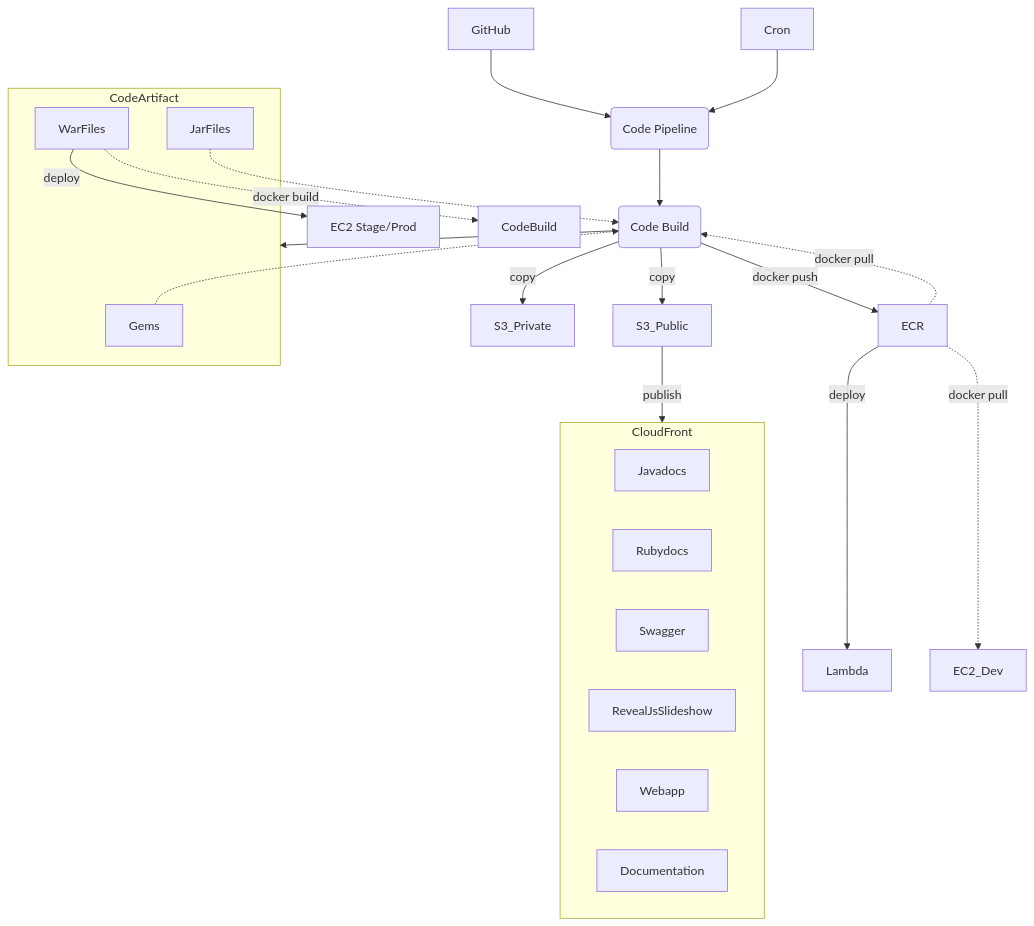
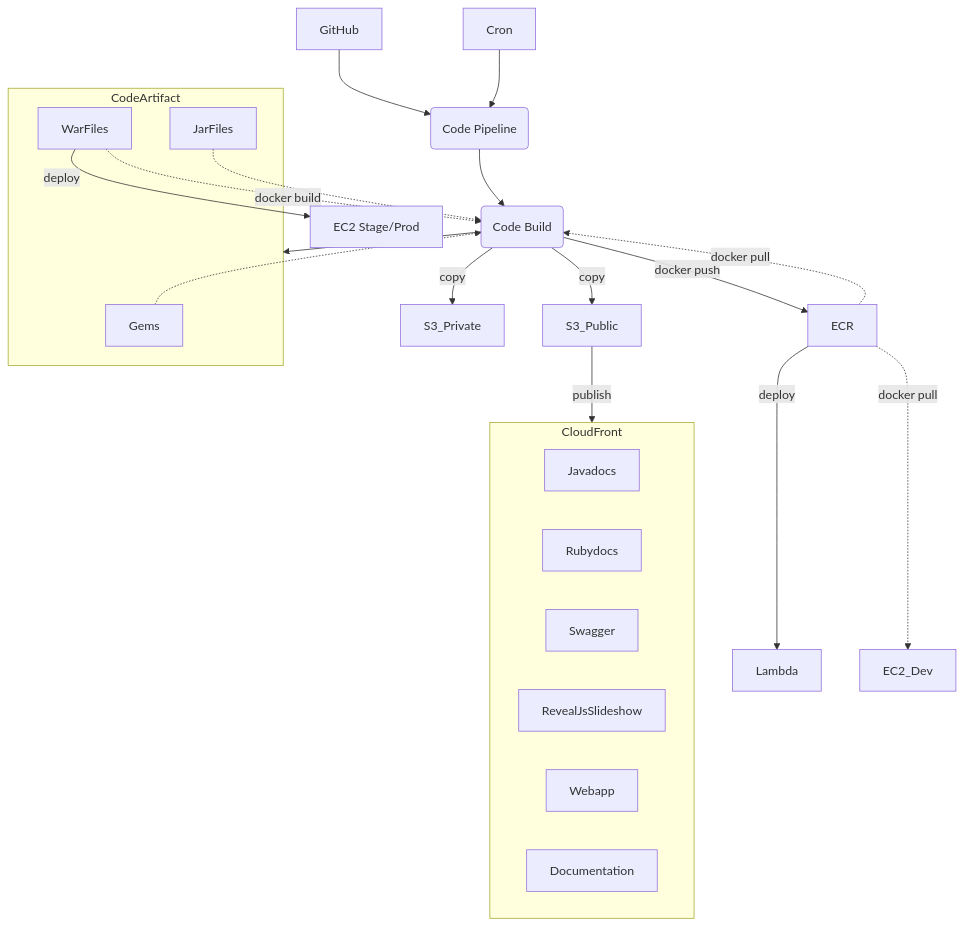
The first of 2 diagrams in design/aws-build/README.md (CDLUC3/mrt-doc), drawn with Mermaid before and after one commit.

````diff
--- a/design/aws-build/README.md
+++ b/design/aws-build/README.md
@@ -11,37 +11,37 @@
 ```mermaid
 graph TD
   GitHub --> Pipeline
   Cron --> Pipeline
   Pipeline(Code Pipeline)
   Pipeline --> Build
   Build(Code Build)
   S3_Private
   S3_Public
   Build --> CodeArtifact
   Build --> |copy| S3_Public
   S3_Public --> |publish| CloudFront
   Build --> |docker push| ECR
   Build --> |copy| S3_Private
   ECR
   ECR --> |deploy| Lambda
   ECR -.-> |docker pull| EC2_Dev
   ECR -.-> |docker pull| Build
   subgraph CodeArtifact
     Gems
     JarFiles
     WarFiles
   end
   EC2[EC2 Stage/Prod]
   WarFiles --> |deploy| EC2
-  WarFiles -.-> |docker build| CodeBuild
+  WarFiles -.-> |docker build| Build
   Gems -.-> Build
   JarFiles -.-> Build
   subgraph CloudFront
     Javadocs
     Rubydocs
     Swagger
     RevealJsSlideshow
     Webapp
     Documentation
   end
 ```
````
